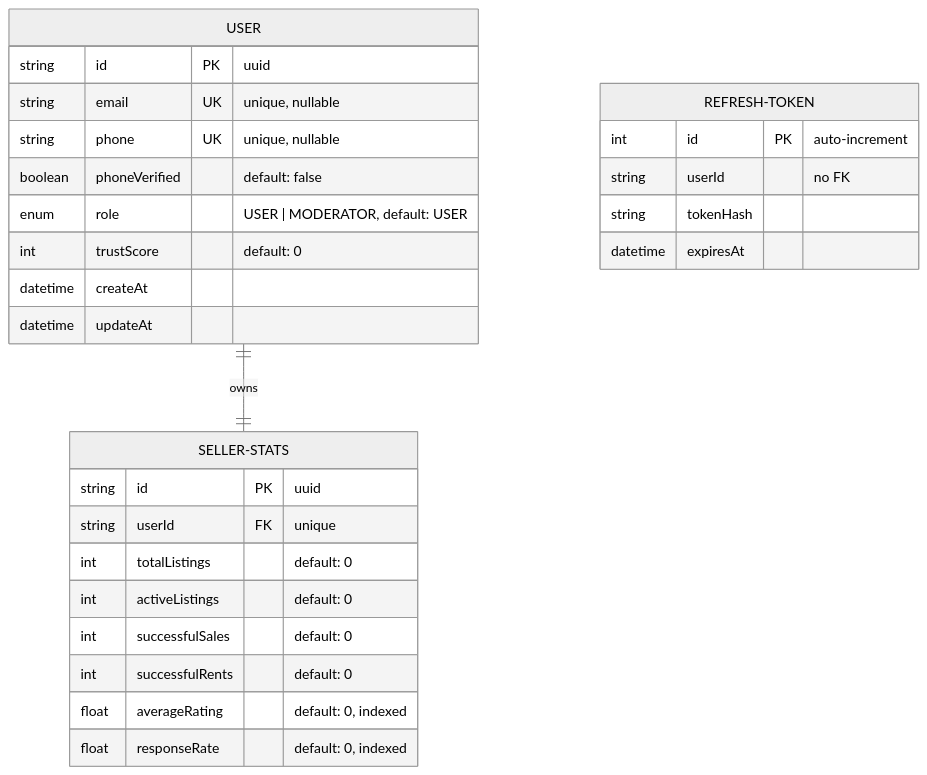
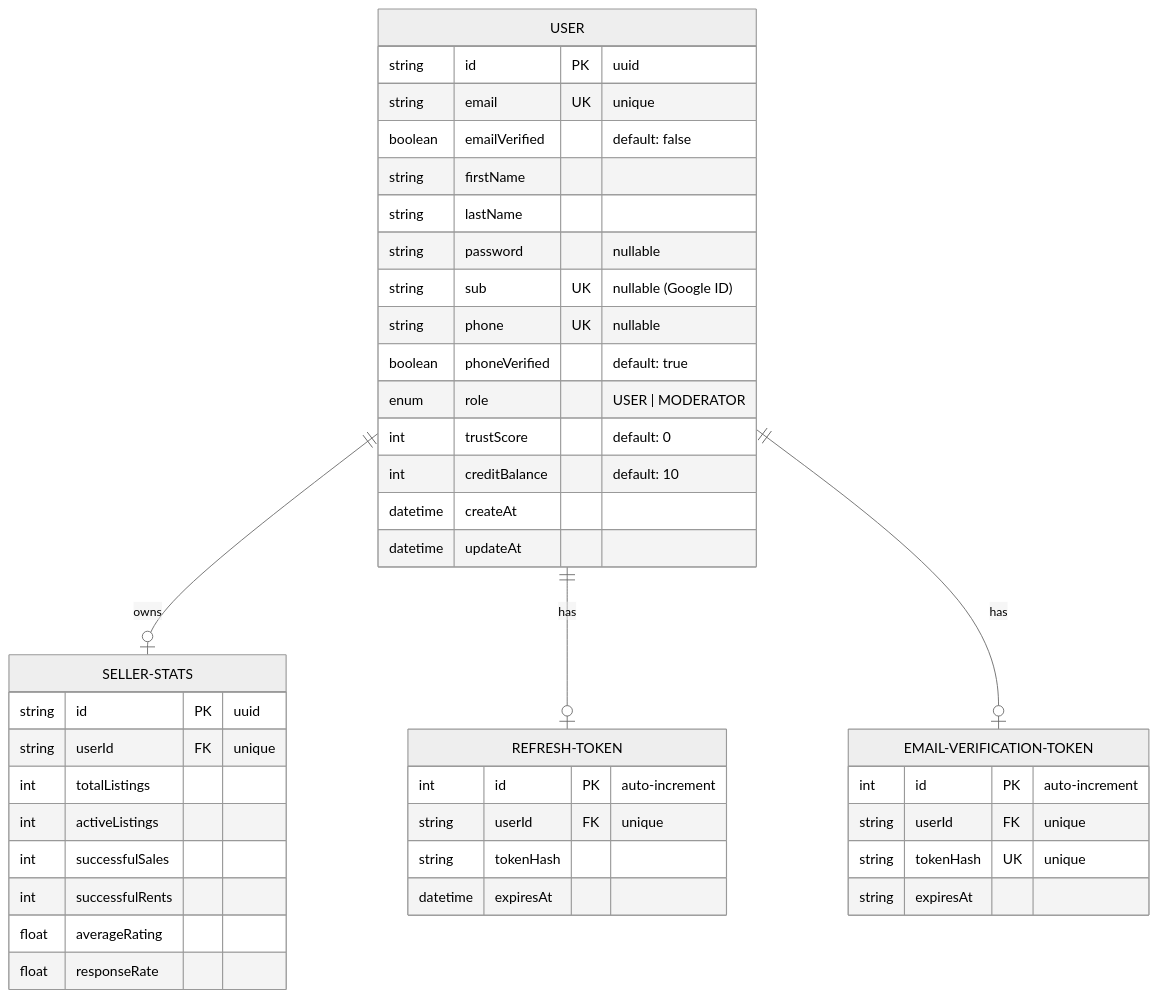
Before and after one commit to SylvioRand/trust-estate: the diagram in backend/docs/PRISMA_MODELS.md, drawn with Mermaid (neutral theme). The commit also changed other lines of this file and 50 other files, not shown here.

First line of the commit message:
feat(auth): Centralize auth flow and align docs with single-service architecture

````diff
--- a/backend/docs/PRISMA_MODELS.md
+++ b/backend/docs/PRISMA_MODELS.md
@@ -10,32 +11,48 @@
 ```mermaid
 erDiagram
-  USER ||--|| SELLER-STATS : owns
+  USER ||--o| SELLER-STATS : owns
+  USER ||--o| REFRESH-TOKEN : has
+  USER ||--o| EMAIL-VERIFICATION-TOKEN : has
+
   USER {
     string id PK "uuid"
-    string email UK "unique, nullable"
-    string phone UK "unique, nullable"
-    boolean phoneVerified "default: false"
-    enum role "USER | MODERATOR, default: USER"
+    string email UK "unique"
+    boolean emailVerified "default: false"
+    string firstName
+    string lastName
+    string password "nullable"
+    string sub UK "nullable (Google ID)"
+    string phone UK "nullable"
+    boolean phoneVerified "default: true"
+    enum role "USER | MODERATOR"
     int trustScore "default: 0"
+    int creditBalance "default: 10"
     datetime createAt
     datetime updateAt
   }
   
   SELLER-STATS {
     string id PK "uuid"
     string userId FK "unique"
-    int totalListings "default: 0"
-    int activeListings "default: 0"
-    int successfulSales "default: 0"
-    int successfulRents "default: 0"
-    float averageRating "default: 0, indexed"
-    float responseRate "default: 0, indexed"
+    int totalListings
+    int activeListings
+    int successfulSales
+    int successfulRents
+    float averageRating
+    float responseRate
   }
   
   REFRESH-TOKEN {
     int id PK "auto-increment"
-    string userId "no FK"
+    string userId FK "unique"
     string tokenHash
     datetime expiresAt
   }
+
+  EMAIL-VERIFICATION-TOKEN {
+    int id PK "auto-increment"
+    string userId FK "unique"
+    string tokenHash UK "unique"
+    string expiresAt
+  }
 ```
````
